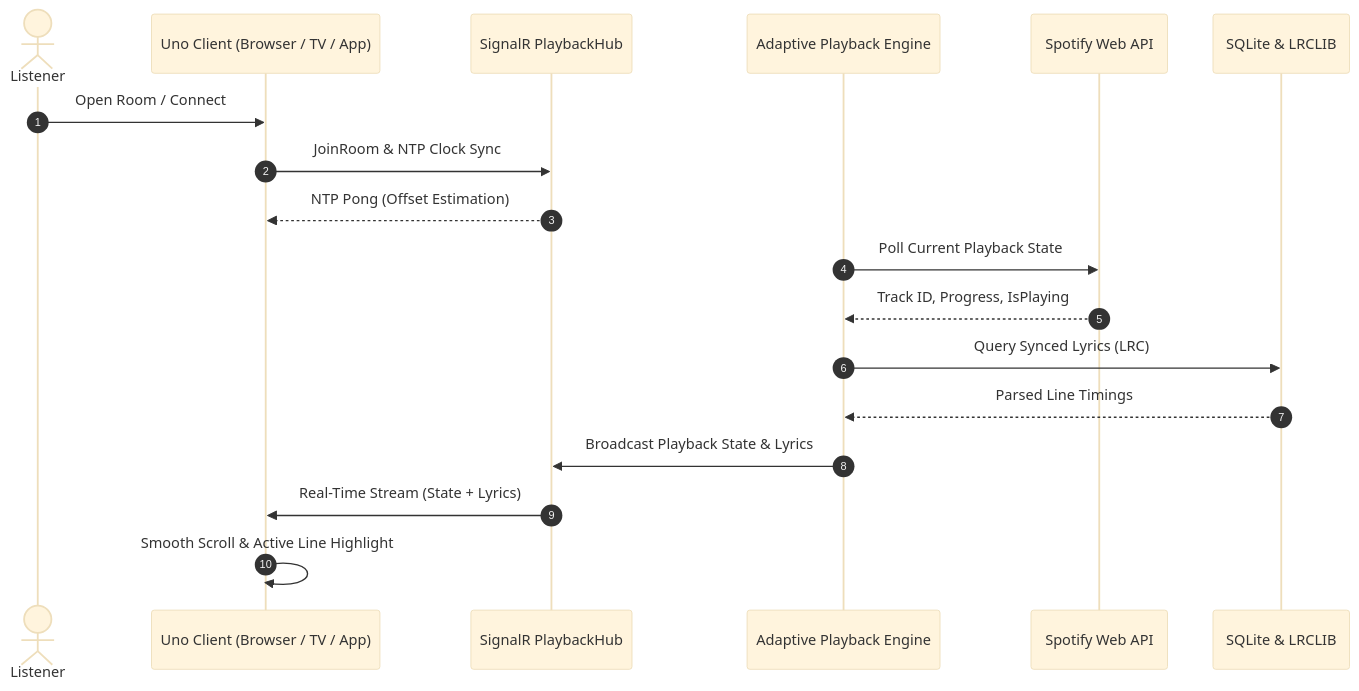
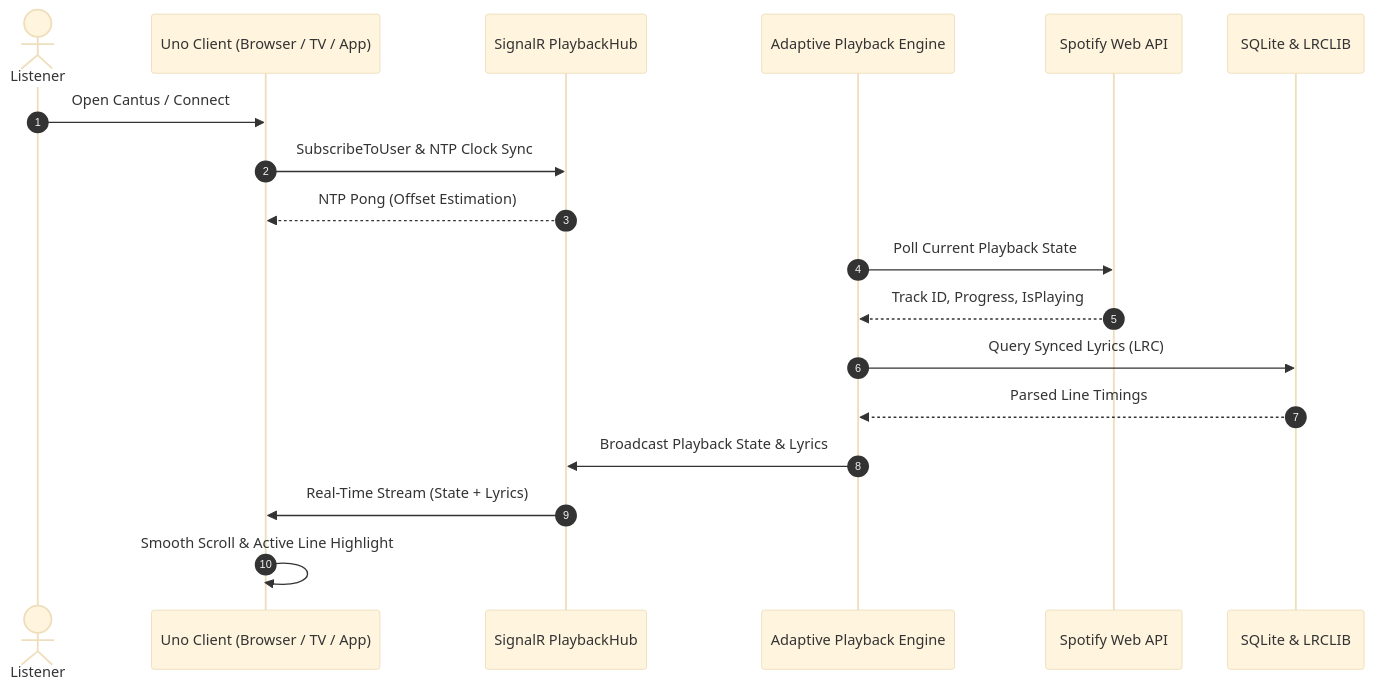
Before and after one commit to jav76/Cantus: the diagram in docs/index.md, drawn with Mermaid (base theme). The commit also changed 8 other files, not shown here.

````diff
--- a/docs/index.md
+++ b/docs/index.md
@@ -86,21 +86,21 @@
 ```mermaid
 sequenceDiagram
     autonumber
     actor Listener as Listener
     participant Client as Uno Client (Browser / TV / App)
     participant Hub as SignalR PlaybackHub
     participant Poller as Adaptive Playback Engine
     participant Spotify as Spotify Web API
     participant Cache as SQLite & LRCLIB
 
-    Listener->>Client: Open Room / Connect
-    Client->>Hub: JoinRoom & NTP Clock Sync
+    Listener->>Client: Open Cantus / Connect
+    Client->>Hub: SubscribeToUser & NTP Clock Sync
     Hub-->>Client: NTP Pong (Offset Estimation)
     Poller->>Spotify: Poll Current Playback State
     Spotify-->>Poller: Track ID, Progress, IsPlaying
     Poller->>Cache: Query Synced Lyrics (LRC)
     Cache-->>Poller: Parsed Line Timings
     Poller->>Hub: Broadcast Playback State & Lyrics
     Hub->>Client: Real-Time Stream (State + Lyrics)
     Client->>Client: Smooth Scroll & Active Line Highlight
 ```
````
